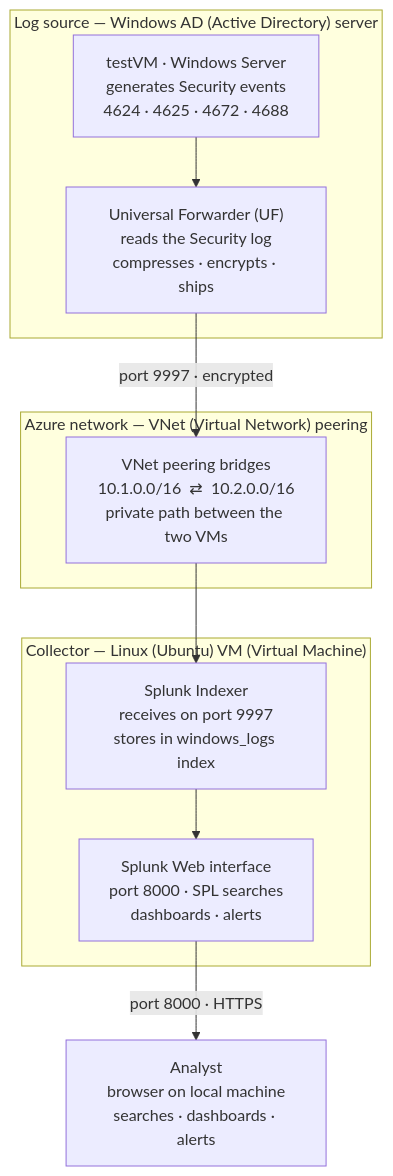
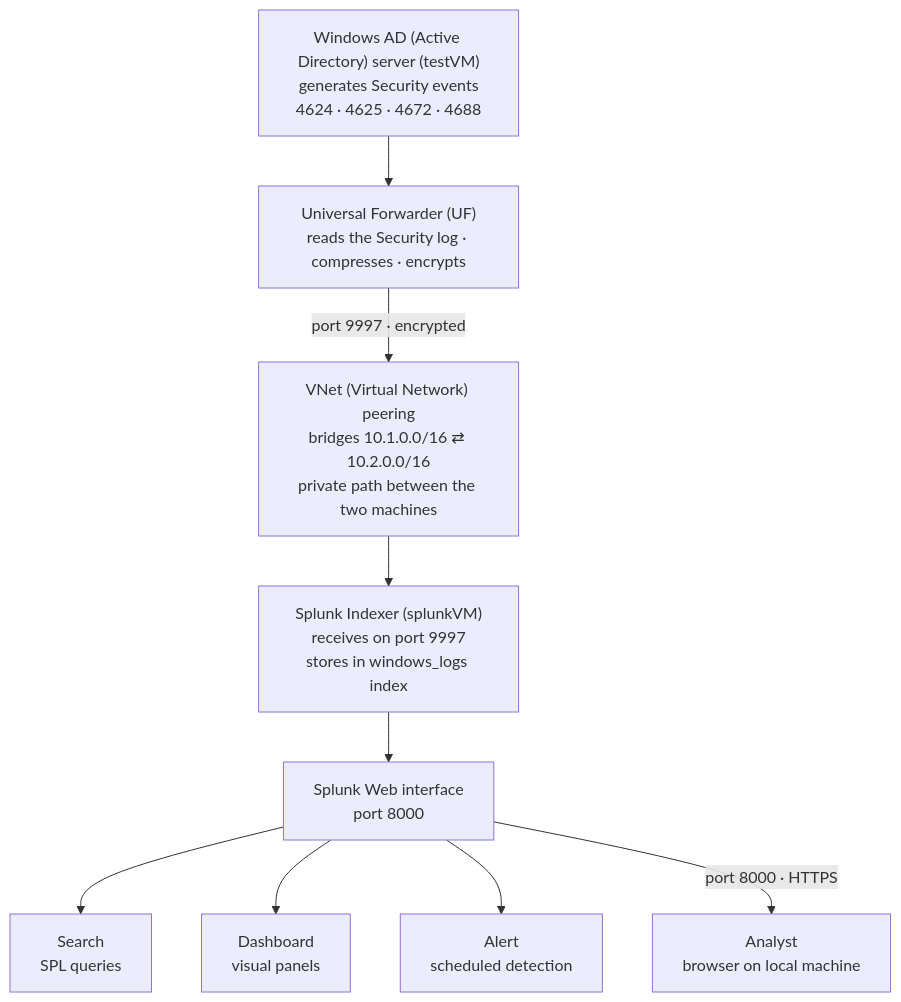
Before and after one commit to kia-reed/it-homelab: the diagram in splunk/README.md, drawn with Mermaid. The commit also changed other lines of this file, not shown here.

````diff
--- a/splunk/README.md
+++ b/splunk/README.md
@@ -31,24 +31,19 @@
 ```mermaid
 flowchart TB
-    subgraph SRC["Log source — Windows AD (Active Directory) server"]
-        WIN["testVM · Windows Server<br/>generates Security events<br/>4624 · 4625 · 4672 · 4688"]
-        UF["Universal Forwarder (UF)<br/>reads the Security log<br/>compresses · encrypts · ships"]
-        WIN --> UF
-    end
+    WIN["Windows AD (Active Directory) server (testVM)<br/>generates Security events<br/>4624 · 4625 · 4672 · 4688"]
+    UF["Universal Forwarder (UF)<br/>reads the Security log · compresses · encrypts"]
+    PEER["VNet (Virtual Network) peering<br/>bridges 10.1.0.0/16 ⇄ 10.2.0.0/16<br/>private path between the two machines"]
+    IDX["Splunk Indexer (splunkVM)<br/>receives on port 9997<br/>stores in windows_logs index"]
+    WEB["Splunk Web interface<br/>port 8000"]
+    AN["Analyst<br/>browser on local machine"]
 
-    subgraph NET["Azure network — VNet (Virtual Network) peering"]
-        PEER["VNet peering bridges<br/>10.1.0.0/16  ⇄  10.2.0.0/16<br/>private path between the two VMs"]
-    end
-
-    subgraph COL["Collector — Linux (Ubuntu) VM (Virtual Machine)"]
-        IDX["Splunk Indexer<br/>receives on port 9997<br/>stores in windows_logs index"]
-        WEB["Splunk Web interface<br/>port 8000 · SPL searches<br/>dashboards · alerts"]
-        IDX --> WEB
-    end
-
-    ANALYST["Analyst<br/>browser on local machine<br/>searches · dashboards · alerts"]
-
+    WIN --> UF
     UF -->|"port 9997 · encrypted"| PEER
     PEER --> IDX
-    WEB -->|"port 8000 · HTTPS"| ANALYST
+    IDX --> WEB
+
+    WEB --> SPL["Search<br/>SPL queries"]
+    WEB --> DASH["Dashboard<br/>visual panels"]
+    WEB --> ALERT["Alert<br/>scheduled detection"]
+    WEB -->|"port 8000 · HTTPS"| AN
 ```
````
